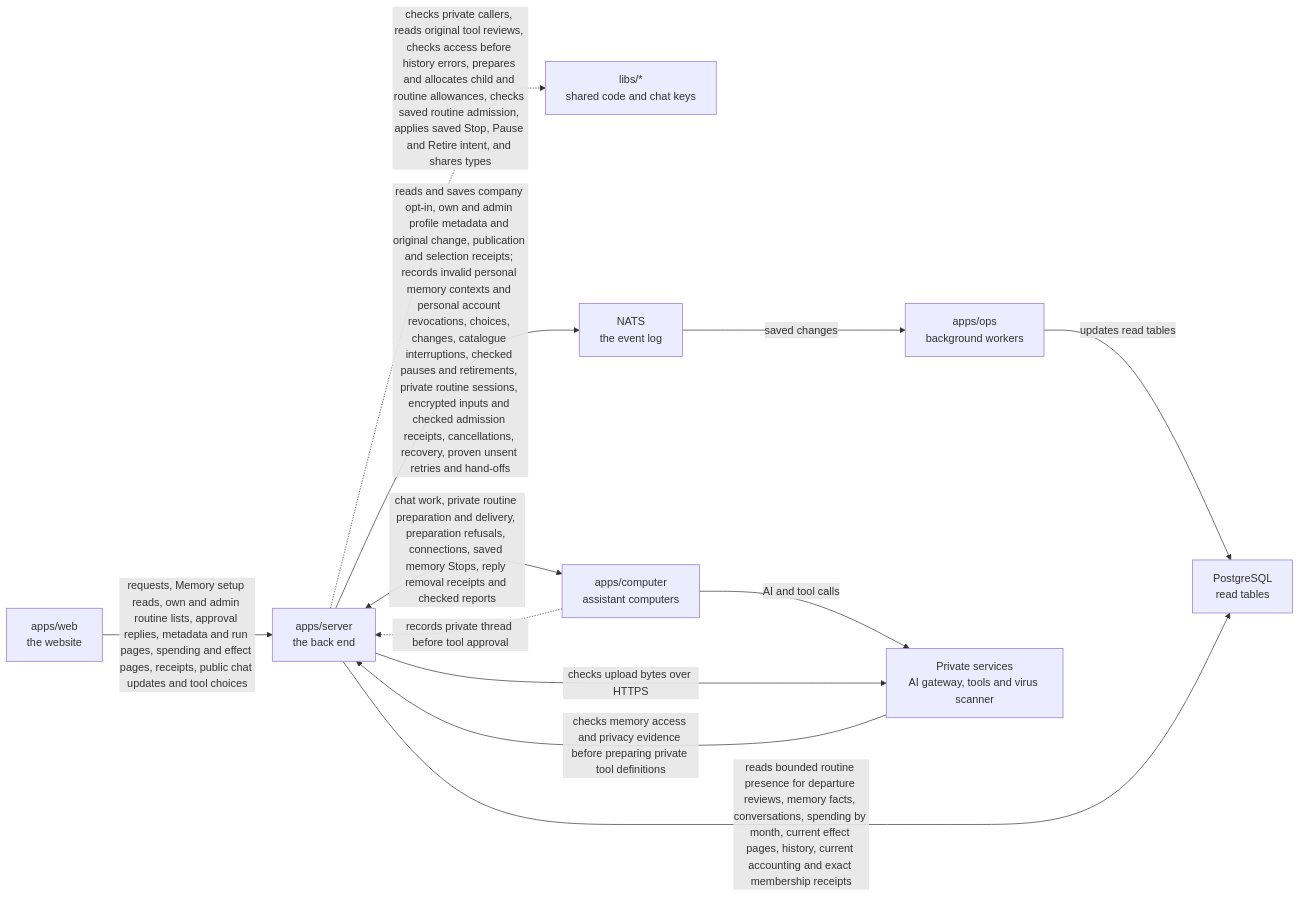
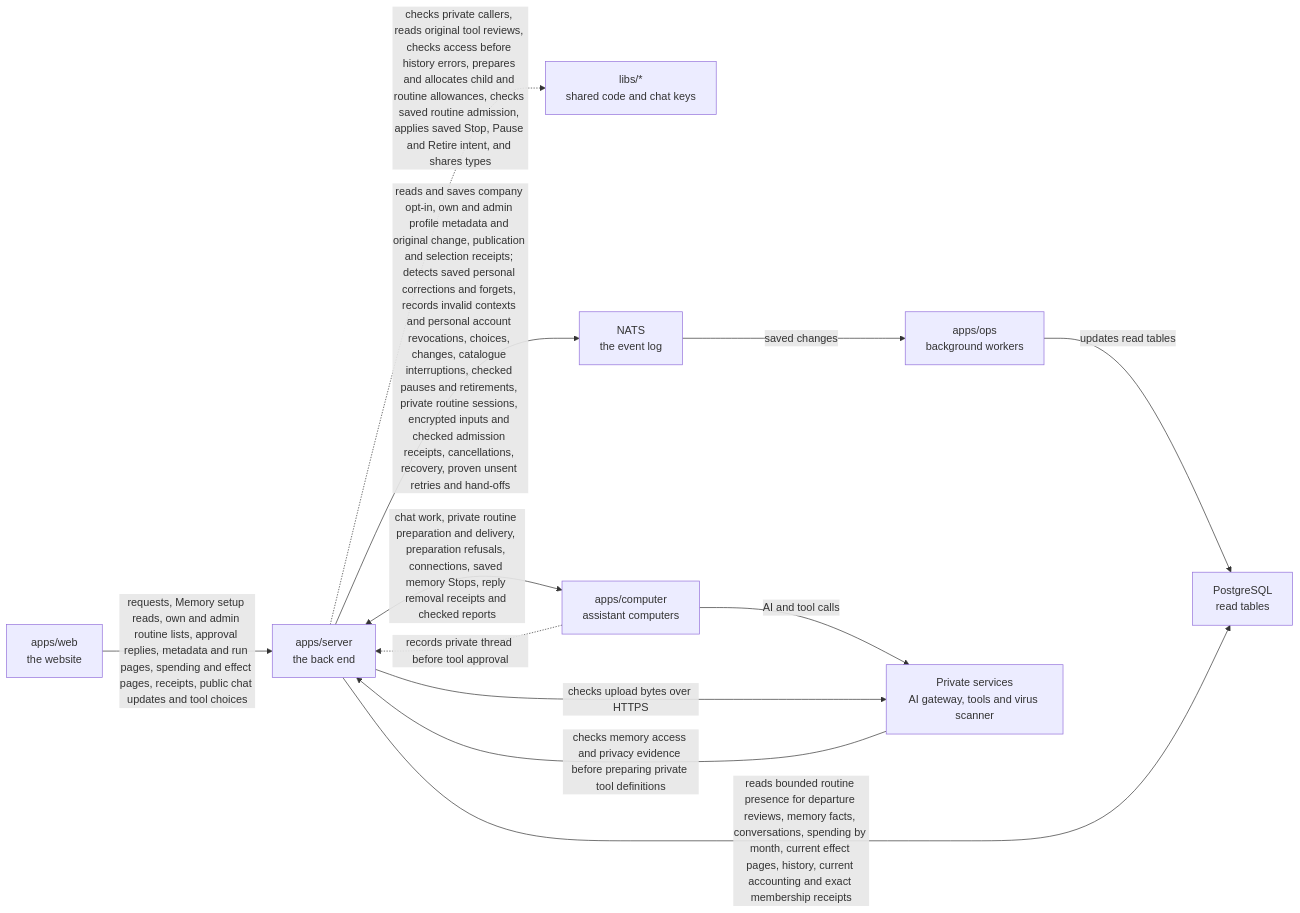
Before and after one commit to elewa-git/opencrane-new: the diagram in apps/server/README.md, drawn with Mermaid. The commit also changed other lines of this file and 12 other files, not shown here.

First line of the commit message:
🧠 Memory invalidation keeps advancing past changes that need none, so later corrections always stop and clear their turns (#790)

````diff
--- a/apps/server/README.md
+++ b/apps/server/README.md
@@ -117,14 +119,14 @@
 ```mermaid
 flowchart LR
   web["apps/web<br/>the website"] -->|requests, Memory setup reads, own and admin routine lists, approval replies, metadata and run pages, spending and effect pages, receipts, public chat updates and tool choices| server["apps/server<br/>the back end"]
   server -.->|checks private callers, reads original tool reviews, checks access before history errors, prepares and allocates child and routine allowances, checks saved routine admission, applies saved Stop, Pause and Retire intent, and shares types| libs["libs/*<br/>shared code and chat keys"]
-  server -->|reads and saves company opt-in, own and admin profile metadata and original change, publication and selection receipts; records invalid personal memory contexts and personal account revocations, choices, changes, catalogue interruptions, checked pauses and retirements, private routine sessions, encrypted inputs and checked admission receipts, cancellations, recovery, proven unsent retries and hand-offs| nats["NATS<br/>the event log"]
+  server -->|reads and saves company opt-in, own and admin profile metadata and original change, publication and selection receipts; detects saved personal corrections and forgets, records invalid contexts and personal account revocations, choices, changes, catalogue interruptions, checked pauses and retirements, private routine sessions, encrypted inputs and checked admission receipts, cancellations, recovery, proven unsent retries and hand-offs| nats["NATS<br/>the event log"]
   nats -->|saved changes| ops["apps/ops<br/>background workers"]
   ops -->|updates read tables| postgres["PostgreSQL<br/>read tables"]
   server -->|reads bounded routine presence for departure reviews, memory facts, conversations, spending by month, current effect pages, history, current accounting and exact membership receipts| postgres
   server <-->|chat work, private routine preparation and delivery, preparation refusals, connections, saved memory Stops, reply removal receipts and checked reports| computer["apps/computer<br/>assistant computers"]
   computer -.->|records private thread before tool approval| server
   computer -->|AI and tool calls| runtime["Private services<br/>AI gateway, tools and virus scanner"]
   server -->|checks upload bytes over HTTPS| runtime
   runtime -->|checks memory access and privacy evidence before preparing private tool definitions| server
 ```
````
